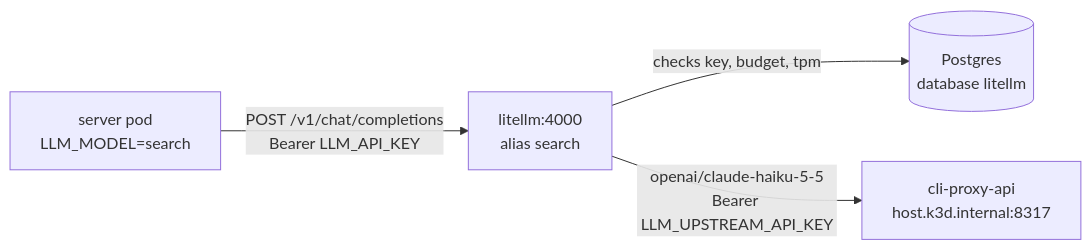
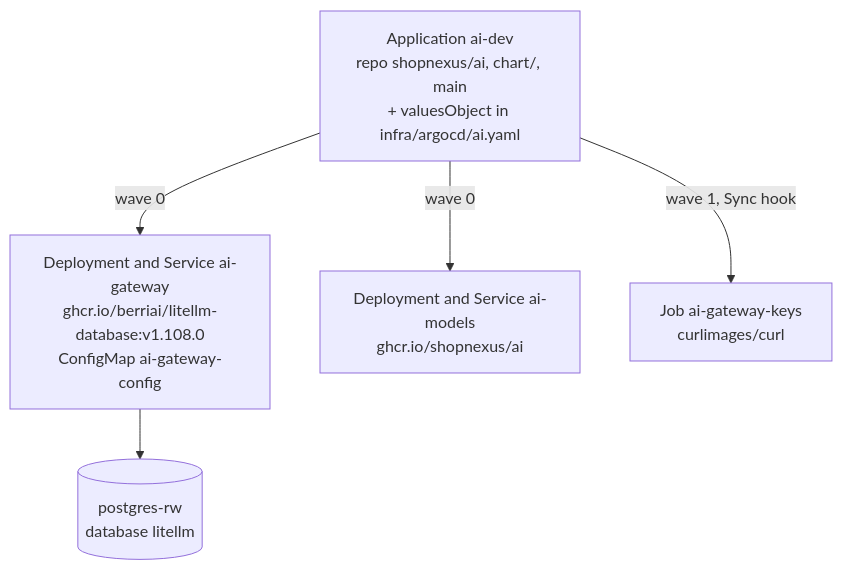
Before and after one commit to shopnexus/docs: the first of 6 diagrams in web/src/content/docs/en/operations/cluster/llm-gateway.mdx, drawn with Mermaid. The commit also changed other lines of this file and 17 other files, not shown here.

````diff
--- a/web/src/content/docs/en/operations/cluster/llm-gateway.mdx
+++ b/web/src/content/docs/en/operations/cluster/llm-gateway.mdx
@@ -22,6 +34,8 @@
-```mermaid title="One search query, from the server to the model"
-flowchart LR
-  server["server pod<br/>LLM_MODEL=search"] -->|"POST /v1/chat/completions<br/>Bearer LLM_API_KEY"| litellm["litellm:4000<br/>alias search"]
-  litellm -->|"checks key, budget, tpm"| db[("Postgres<br/>database litellm")]
-  litellm -->|"openai/claude-haiku-5-5<br/>Bearer LLM_UPSTREAM_API_KEY"| proxy["cli-proxy-api<br/>host.k3d.internal:8317"]
+```mermaid title="What ai-dev renders into shopnexus-dev"
+flowchart TB
+  app["Application ai-dev<br/>repo shopnexus/ai, chart/, main<br/>+ valuesObject in infra/argocd/ai.yaml"]
+  app -->|wave 0| gw["Deployment and Service ai-gateway<br/>ghcr.io/berriai/litellm-database:v1.108.0<br/>ConfigMap ai-gateway-config"]
+  app -->|wave 0| models["Deployment and Service ai-models<br/>ghcr.io/shopnexus/ai"]
+  app -->|"wave 1, Sync hook"| job["Job ai-gateway-keys<br/>curlimages/curl"]
+  gw --> db[("postgres-rw<br/>database litellm")]
 ```
````
